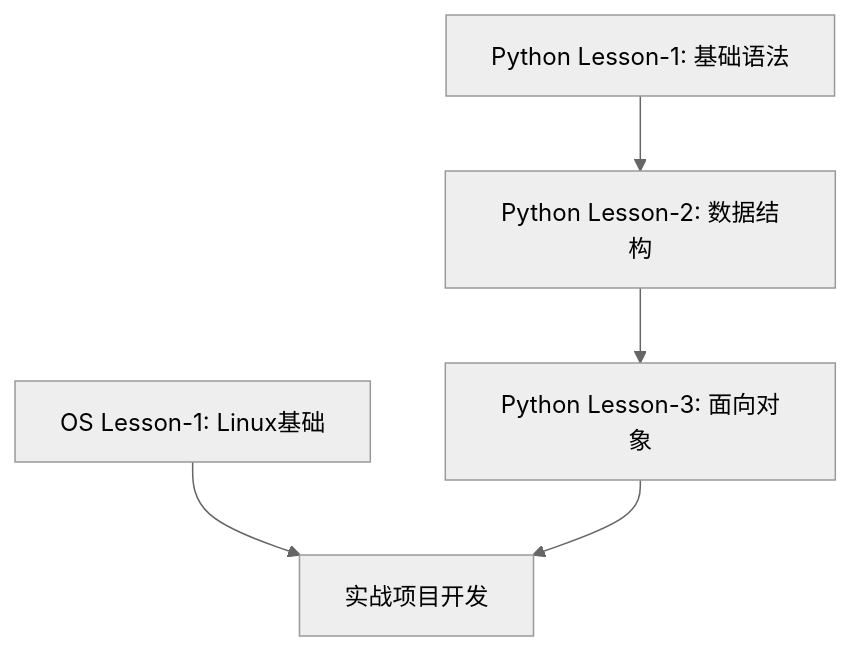
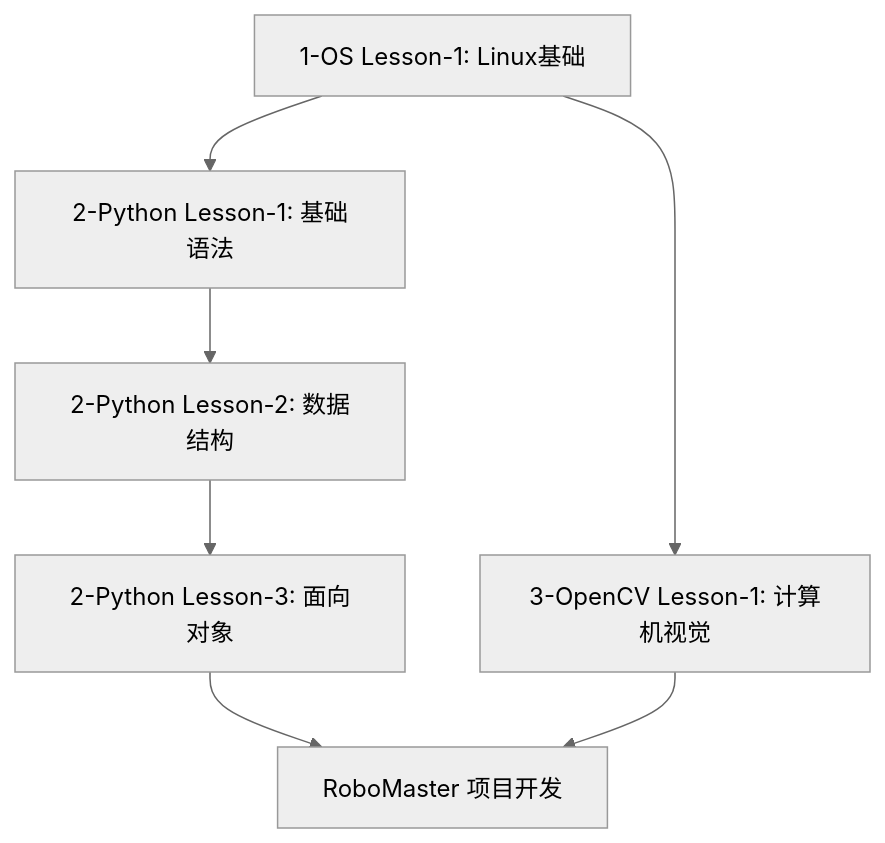
The diagram in README.md (unnc-aim/aim-rookie-courses), drawn with Mermaid (neutral theme) before and after one commit. The commit also changed other lines of this file and 4 other files, not shown here.

````diff
--- a/README.md
+++ b/README.md
@@ -28,7 +55,9 @@
 ```mermaid
 graph TD
-    A[Python Lesson-1: 基础语法] --> B[Python Lesson-2: 数据结构]
-    B --> C[Python Lesson-3: 面向对象]
-    D[OS Lesson-1: Linux基础] --> E[实战项目开发]
-    C --> E
+    A[1-OS Lesson-1: Linux基础] --> B[2-Python Lesson-1: 基础语法]
+    B --> C[2-Python Lesson-2: 数据结构]
+    C --> D[2-Python Lesson-3: 面向对象]
+    A --> E[3-OpenCV Lesson-1: 计算机视觉]
+    D --> F[RoboMaster 项目开发]
+    E --> F
 ```
````
